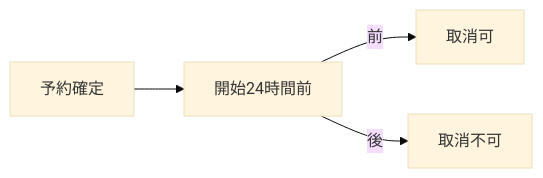
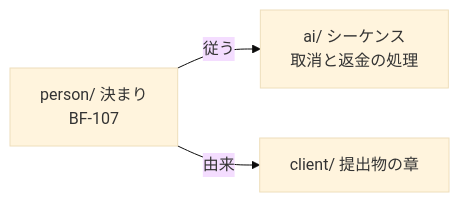
Before and after one commit to SakakitaniJunya/Igeta: the diagram in docs/explanation/09-reader-granularity.md, drawn with Mermaid (base theme). The commit also changed other lines of this file and 16 other files, not shown here.

First line of the commit message:
文書モデルを承認者で 3 つに分け直す — person (人が読んで決める) / ai (AI が作る) / client (顧客と合意する)

````diff
--- a/docs/explanation/09-reader-granularity.md
+++ b/docs/explanation/09-reader-granularity.md
@@ -61,6 +82,5 @@
 ```mermaid
 flowchart LR
-  A[予約確定] --> B[開始24時間前]
-  B -->|前| C[取消可]
-  B -->|後| D[取消不可]
+  P[person/ 決まり<br/>BF-107] -->|従う| A[ai/ シーケンス<br/>取消と返金の処理]
+  P -->|由来| C[client/ 提出物の章]
 ```
````
